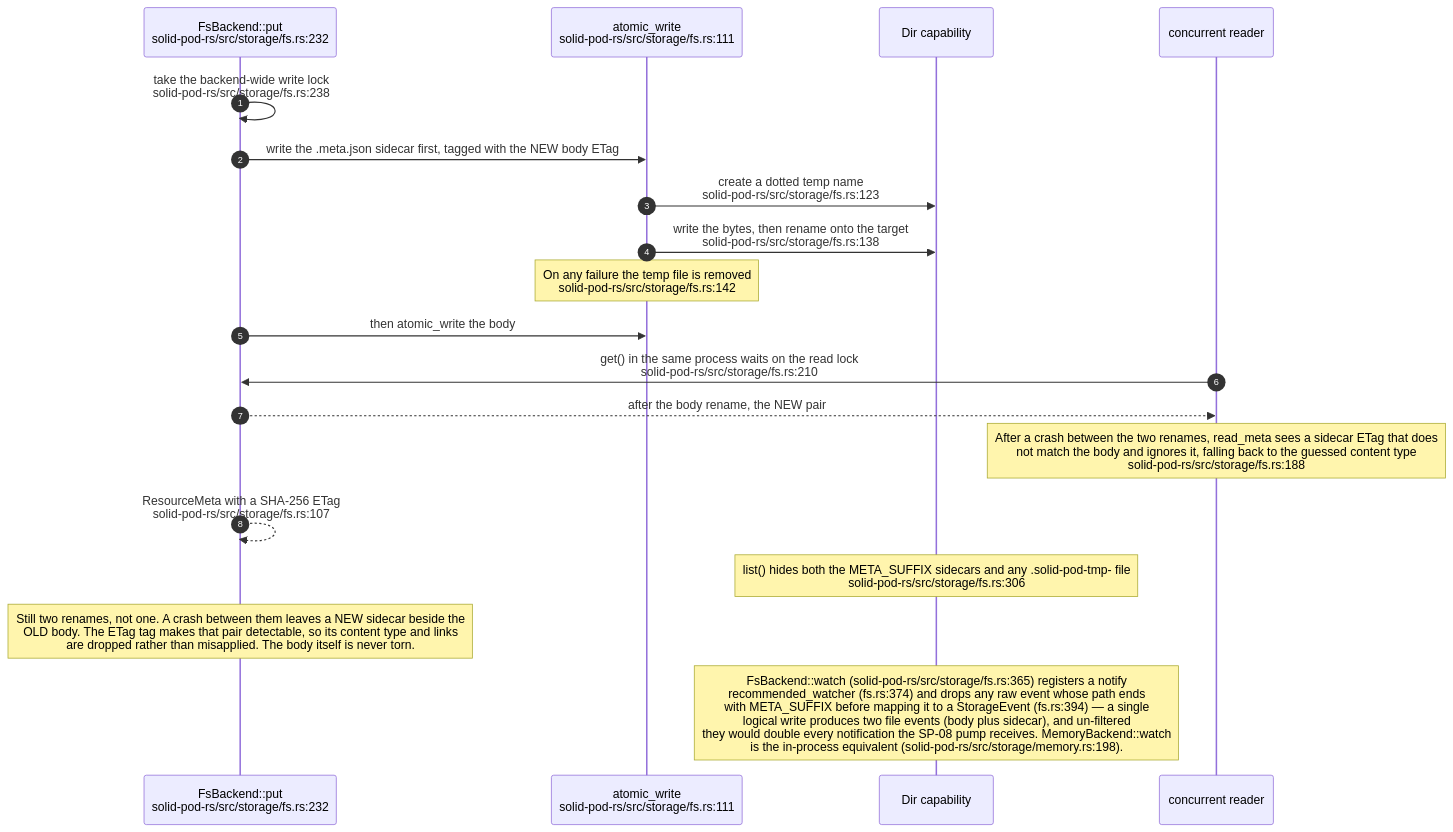
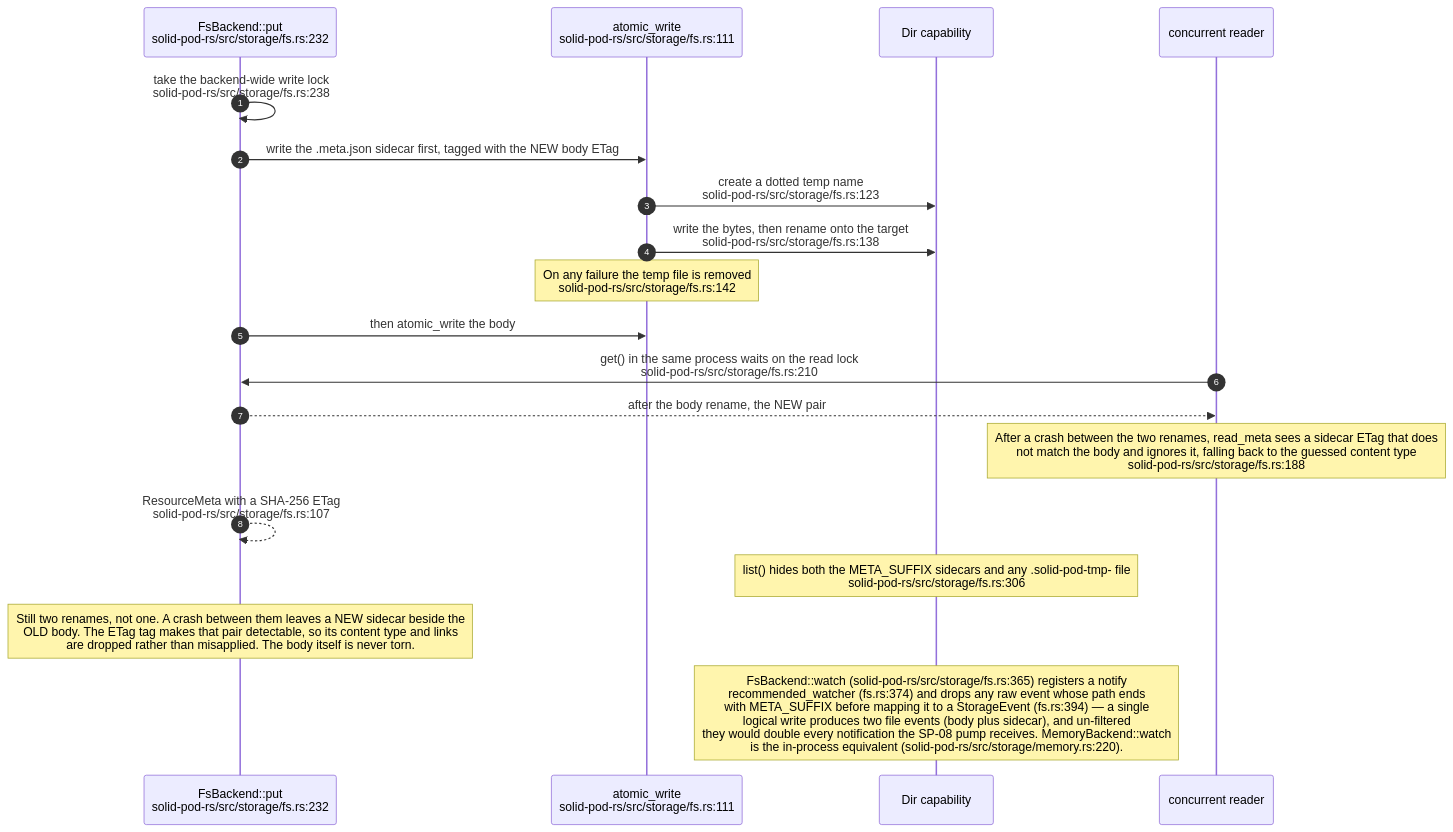
One commit to DreamLab-AI/VisionFlow changed the fourth of 11 diagrams in docs/diagrams/solid-pod-rs/06-storage-quota-and-git-pods.md. Above: the diagram before and after it, drawn with Mermaid. The commit also changed other lines of this file and 59 other files, not shown here.

First line of the commit message:
docs(diagrams): re-derive and re-stamp forum, website, pod, ontomark and sealmap topics

````diff
--- a/docs/diagrams/solid-pod-rs/06-storage-quota-and-git-pods.md
+++ b/docs/diagrams/solid-pod-rs/06-storage-quota-and-git-pods.md
@@ -113,23 +115,23 @@
 ```mermaid
 sequenceDiagram
     autonumber
     participant W as FsBackend::put<br/>solid-pod-rs/src/storage/fs.rs:232
     participant A as atomic_write<br/>solid-pod-rs/src/storage/fs.rs:111
     participant D as Dir capability
     participant R as concurrent reader
 
     W->>W: take the backend-wide write lock<br/>solid-pod-rs/src/storage/fs.rs:238
     W->>A: write the .meta.json sidecar first, tagged with the NEW body ETag
     A->>D: create a dotted temp name<br/>solid-pod-rs/src/storage/fs.rs:123
     A->>D: write the bytes, then rename onto the target<br/>solid-pod-rs/src/storage/fs.rs:138
     Note over A: On any failure the temp file is removed<br/>solid-pod-rs/src/storage/fs.rs:142
     W->>A: then atomic_write the body
     R->>W: get() in the same process waits on the read lock<br/>solid-pod-rs/src/storage/fs.rs:210
     W-->>R: after the body rename, the NEW pair
     Note over R: After a crash between the two renames, read_meta sees a sidecar ETag that does<br/>not match the body and ignores it, falling back to the guessed content type<br/>solid-pod-rs/src/storage/fs.rs:188
     W-->>W: ResourceMeta with a SHA-256 ETag<br/>solid-pod-rs/src/storage/fs.rs:107
 
     Note over D: list() hides both the META_SUFFIX sidecars and any .solid-pod-tmp- file<br/>solid-pod-rs/src/storage/fs.rs:306
     Note over W: Still two renames, not one. A crash between them leaves a NEW sidecar beside the<br/>OLD body. The ETag tag makes that pair detectable, so its content type and links<br/>are dropped rather than misapplied. The body itself is never torn.
-    Note over D: FsBackend::watch (solid-pod-rs/src/storage/fs.rs:365) registers a notify<br/>recommended_watcher (fs.rs:374) and drops any raw event whose path ends<br/>with META_SUFFIX before mapping it to a StorageEvent (fs.rs:394) — a single<br/>logical write produces two file events (body plus sidecar), and un-filtered<br/>they would double every notification the SP-08 pump receives. MemoryBackend::watch<br/>is the in-process equivalent (solid-pod-rs/src/storage/memory.rs:198).
+    Note over D: FsBackend::watch (solid-pod-rs/src/storage/fs.rs:365) registers a notify<br/>recommended_watcher (fs.rs:374) and drops any raw event whose path ends<br/>with META_SUFFIX before mapping it to a StorageEvent (fs.rs:394) — a single<br/>logical write produces two file events (body plus sidecar), and un-filtered<br/>they would double every notification the SP-08 pump receives. MemoryBackend::watch<br/>is the in-process equivalent (solid-pod-rs/src/storage/memory.rs:220).
 ```
````
